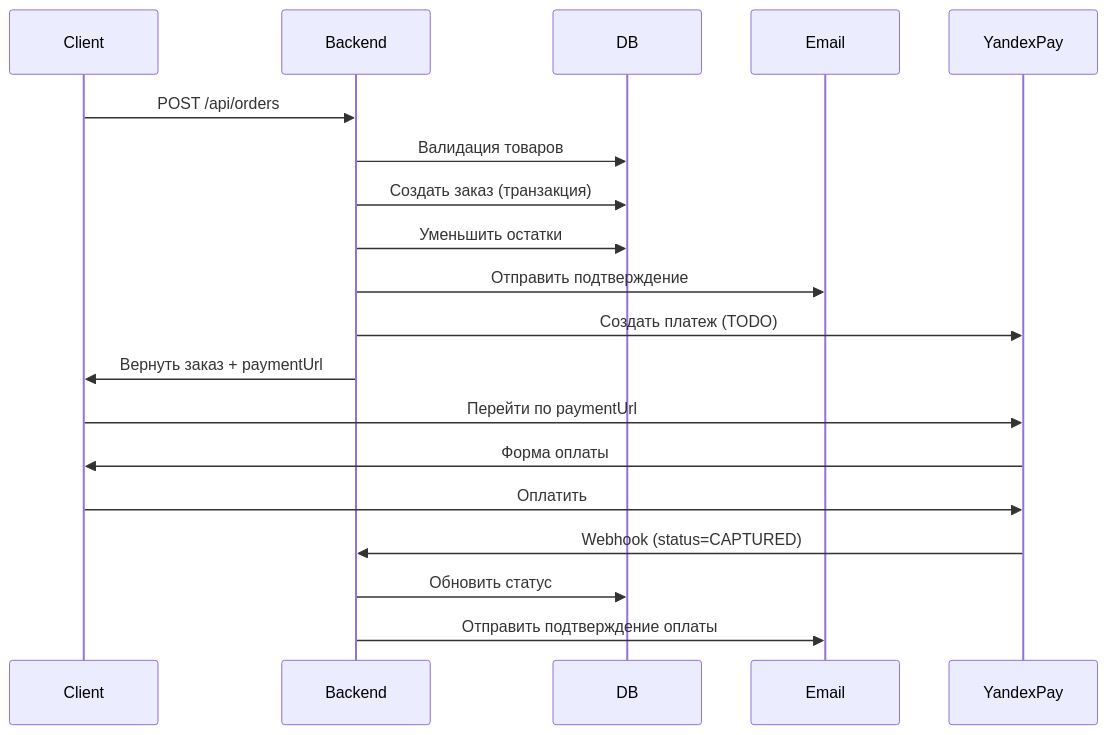
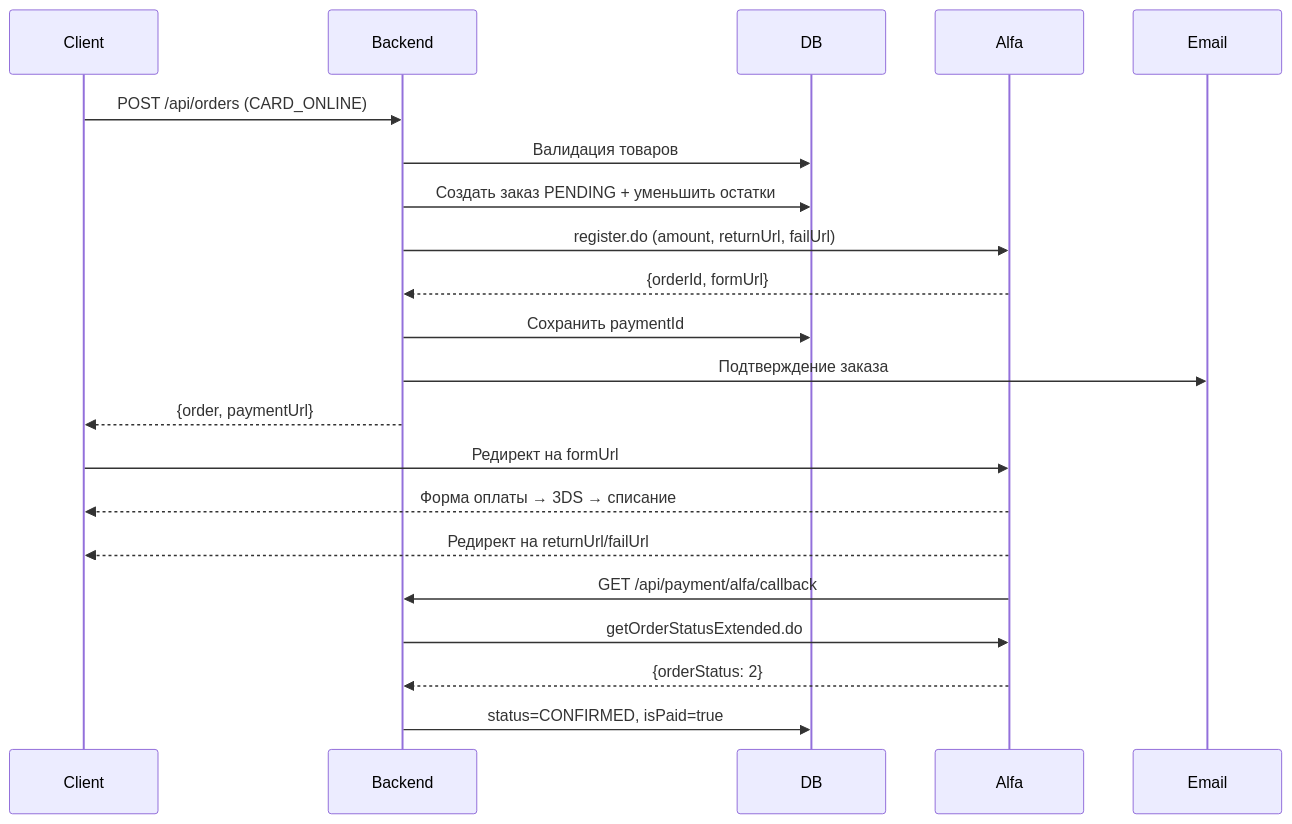
The diagram in PAYMENT_SETUP.md (ChaChaCode/saliy_back), drawn with Mermaid before and after one commit. The commit also changed other lines of this file and 13 other files, not shown here.

````diff
--- a/PAYMENT_SETUP.md
+++ b/PAYMENT_SETUP.md
@@ -75,24 +170,26 @@
 ```mermaid
 sequenceDiagram
     participant Client
     participant Backend
     participant DB
+    participant Alfa
     participant Email
-    participant YandexPay
 
-    Client->>Backend: POST /api/orders
+    Client->>Backend: POST /api/orders (CARD_ONLINE)
     Backend->>DB: Валидация товаров
-    Backend->>DB: Создать заказ (транзакция)
-    Backend->>DB: Уменьшить остатки
-    Backend->>Email: Отправить подтверждение
-    Backend->>YandexPay: Создать платеж (TODO)
-    Backend->>Client: Вернуть заказ + paymentUrl
+    Backend->>DB: Создать заказ PENDING + уменьшить остатки
+    Backend->>Alfa: register.do (amount, returnUrl, failUrl)
+    Alfa-->>Backend: {orderId, formUrl}
+    Backend->>DB: Сохранить paymentId
+    Backend->>Email: Подтверждение заказа
+    Backend-->>Client: {order, paymentUrl}
 
-    Client->>YandexPay: Перейти по paymentUrl
-    YandexPay->>Client: Форма оплаты
-    Client->>YandexPay: Оплатить
+    Client->>Alfa: Редирект на formUrl
+    Alfa-->>Client: Форма оплаты → 3DS → списание
+    Alfa-->>Client: Редирект на returnUrl/failUrl
 
-    YandexPay->>Backend: Webhook (status=CAPTURED)
-    Backend->>DB: Обновить статус
-    Backend->>Email: Отправить подтверждение оплаты
+    Alfa->>Backend: GET /api/payment/alfa/callback
+    Backend->>Alfa: getOrderStatusExtended.do
+    Alfa-->>Backend: {orderStatus: 2}
+    Backend->>DB: status=CONFIRMED, isPaid=true
 ```
````
